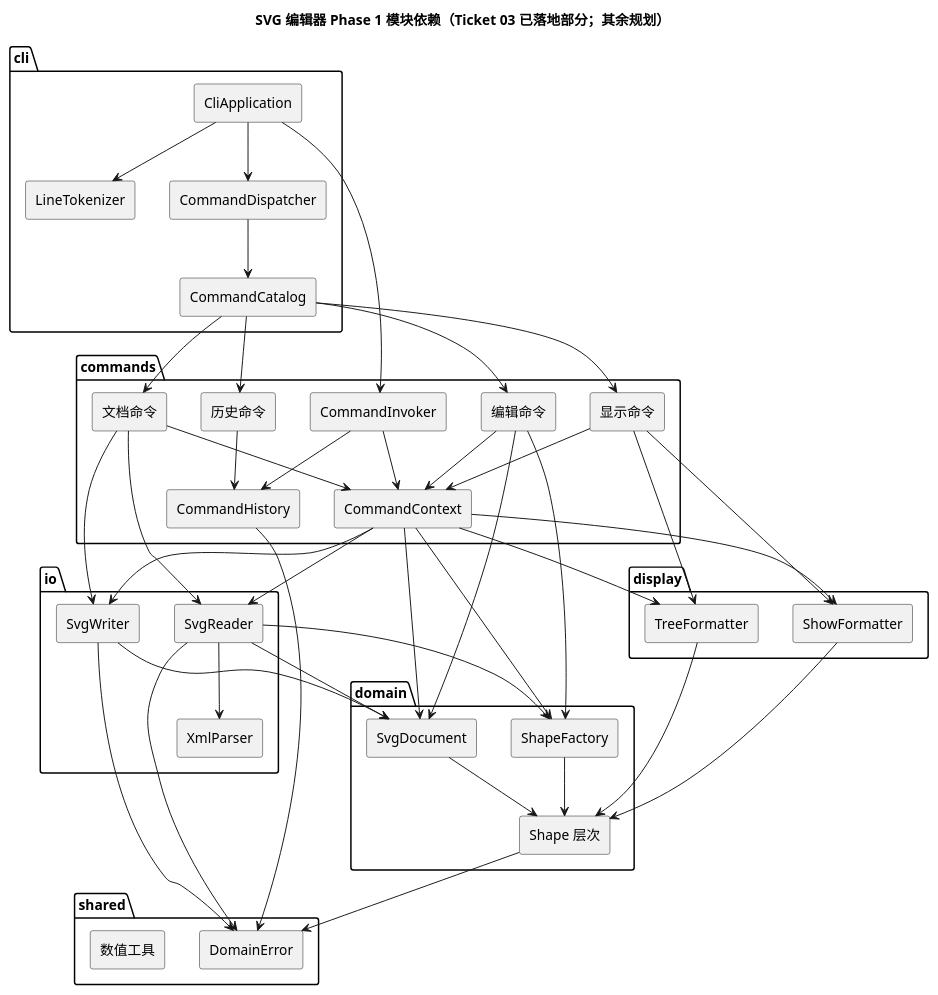
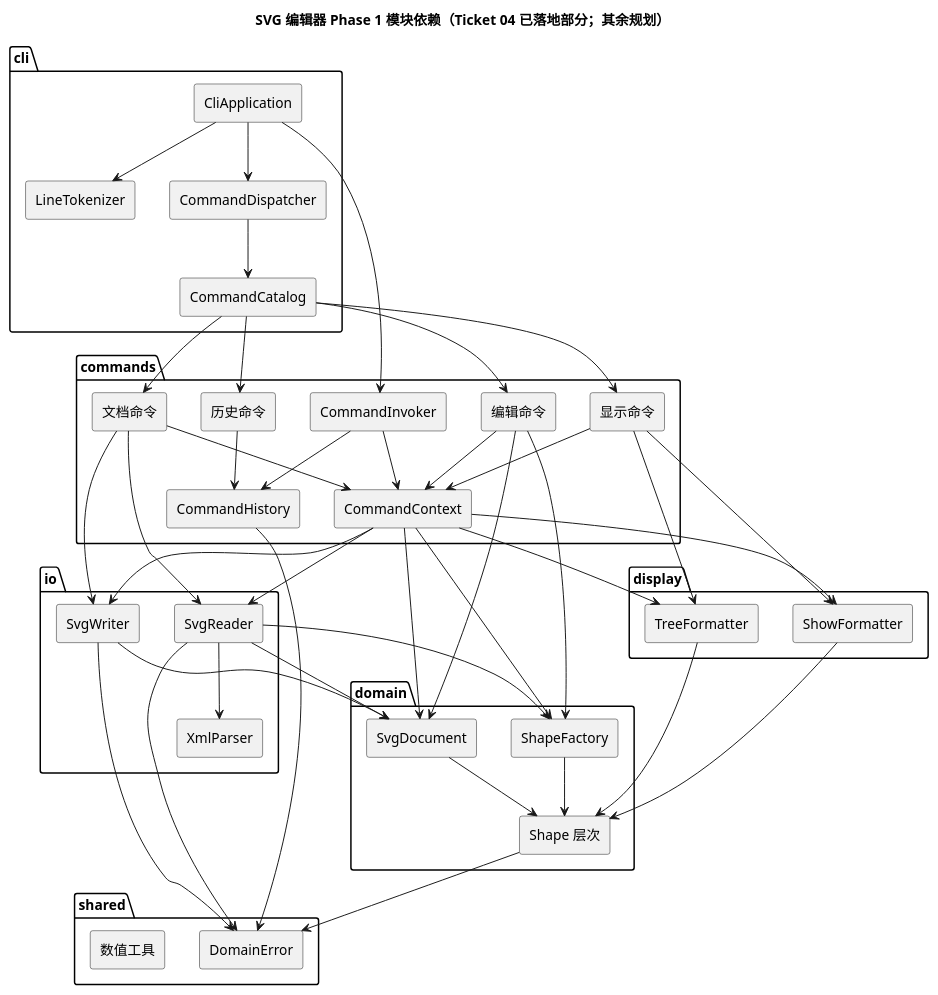
The diagram in doc/README.md (NQC233/svg-editor-lab1), drawn with PlantUML before and after one commit. The commit also changed other lines of this file and 2 other files, not shown here.

Commit message:
docs: record ticket 04 implementation

````diff
--- a/doc/README.md
+++ b/doc/README.md
@@ -47,7 +47,7 @@
 ```plantuml
 @startuml
 skinparam componentStyle rectangle
-title SVG 编辑器 Phase 1 模块依赖（Ticket 03 已落地部分；其余规划）
+title SVG 编辑器 Phase 1 模块依赖（Ticket 04 已落地部分；其余规划）
 
 package "cli" {
   [CliApplication]
````
